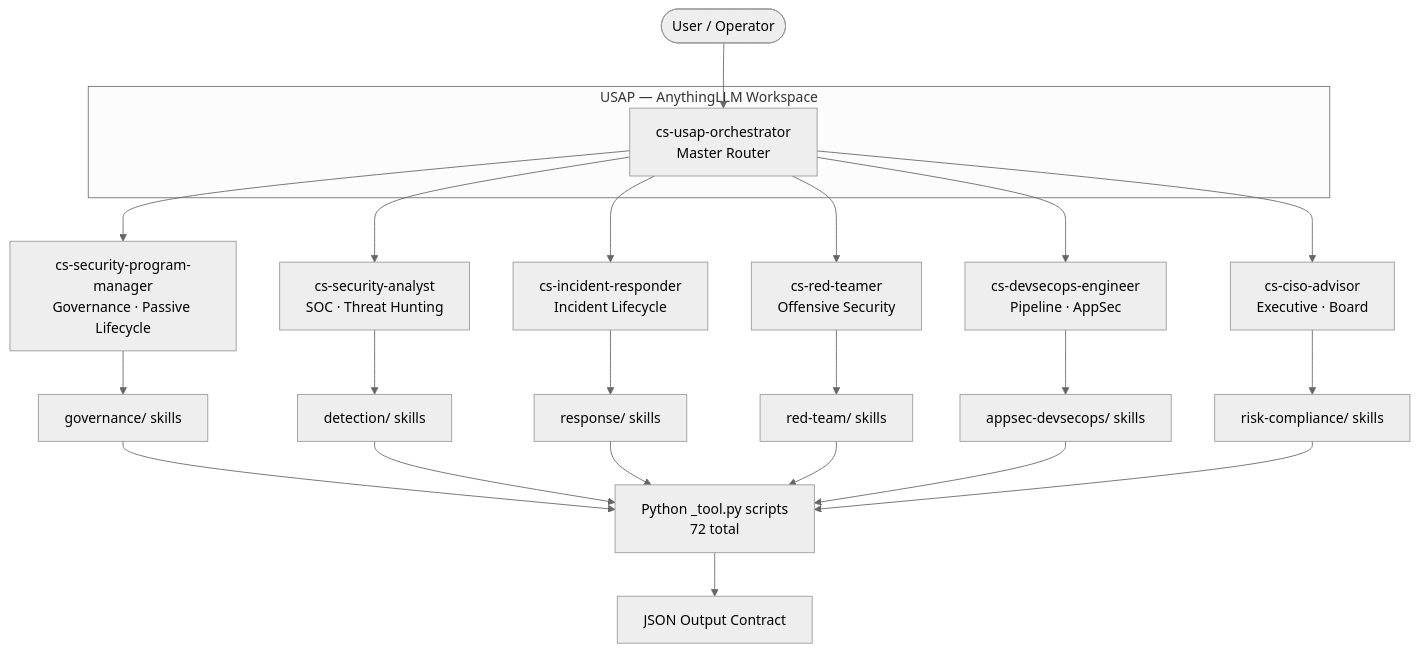
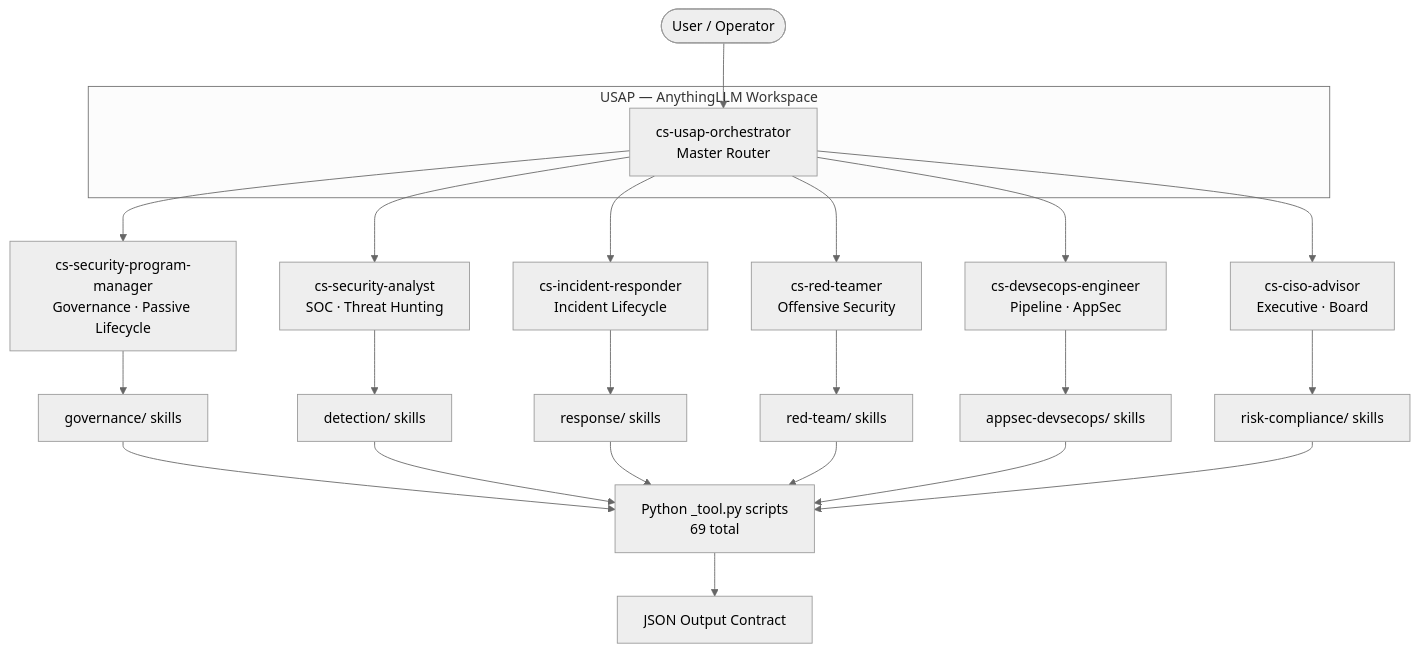
The diagram in README.md (jaskaranhundal/usap-skills), drawn with Mermaid (neutral theme) before and after one commit. The commit also changed other lines of this file and 1 other file, not shown here.

````diff
--- a/README.md
+++ b/README.md
@@ -251,25 +251,25 @@
 ```mermaid
 graph TB
     User([User / Operator]) --> ORCH
 
     subgraph USAP["USAP — AnythingLLM Workspace"]
         ORCH[cs-usap-orchestrator<br/>Master Router]
     end
 
     ORCH --> PM[cs-security-program-manager<br/>Governance · Passive Lifecycle]
     ORCH --> SA[cs-security-analyst<br/>SOC · Threat Hunting]
     ORCH --> IR[cs-incident-responder<br/>Incident Lifecycle]
     ORCH --> RT[cs-red-teamer<br/>Offensive Security]
     ORCH --> DE[cs-devsecops-engineer<br/>Pipeline · AppSec]
     ORCH --> CA[cs-ciso-advisor<br/>Executive · Board]
 
     PM --> G[governance/ skills]
     SA --> D[detection/ skills]
     IR --> R[response/ skills]
     RT --> T[red-team/ skills]
     DE --> A[appsec-devsecops/ skills]
     CA --> RC[risk-compliance/ skills]
 
-    G & D & R & T & A & RC --> TOOLS[Python _tool.py scripts<br/>72 total]
+    G & D & R & T & A & RC --> TOOLS[Python _tool.py scripts<br/>69 total]
     TOOLS --> OUTPUT[JSON Output Contract]
 ```
````
